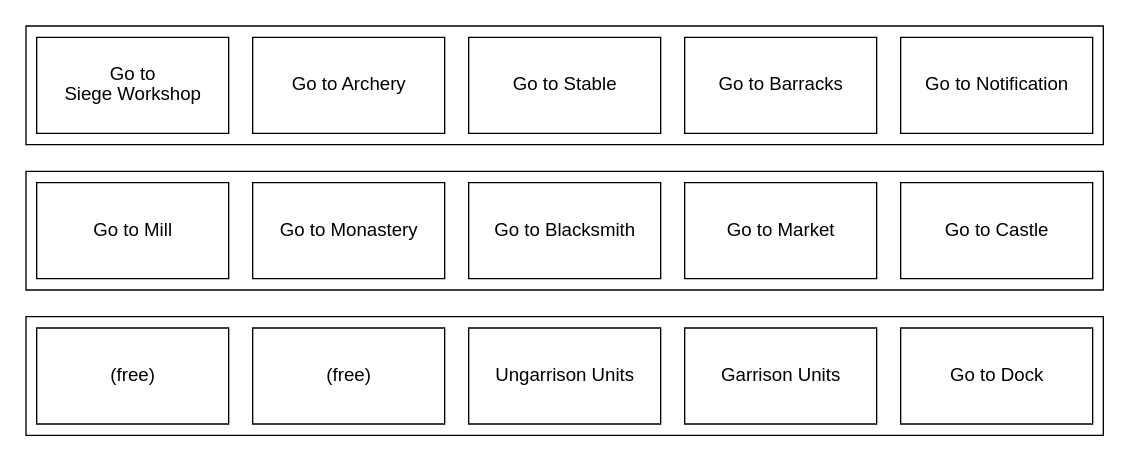
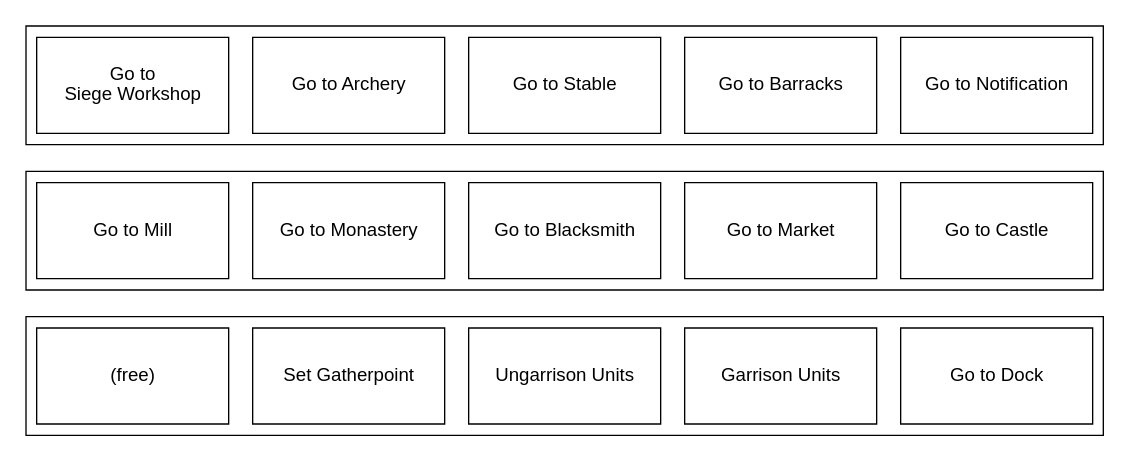
The diagram in layer4.dot (TheAgeOfCoding/age-hotkey-science), drawn with Graphviz before and after one commit. The commit also changed 1 other file, not shown here.

Commit message:
Add set gather point to layer 4

```diff
--- a/layer4.dot
+++ b/layer4.dot
@@ -1,27 +1,27 @@
 digraph D {
     node [pin=true, width=2, height=1, shape=record, fixedsize=true, autosize=false, fontname="Arial"];
     subgraph cluster_0 {
       e [label="Go to Notification"];
       d [label="Go to Barracks"];
       c [label="Go to Stable"];
       b [label="Go to Archery"];
       a [label="Go to\nSiege Workshop"];
     }
     subgraph cluster_1 {
       j [label="Go to Castle"];
       i [label="Go to Market"];
       h [label="Go to Blacksmith"];
       g [label="Go to Monastery"];
       f [label="Go to Mill"];
     }
 
     subgraph cluster_2 {
       k [label="Go to Dock"];
       l [label="Garrison Units"];
       m [label="Ungarrison Units"];
-      n [label="(free)"];
+      n [label="Set Gatherpoint"];
       o [label="(free)"];
     }
   a -> f [style=invis];
   j -> k [style=invis];
 }
```
